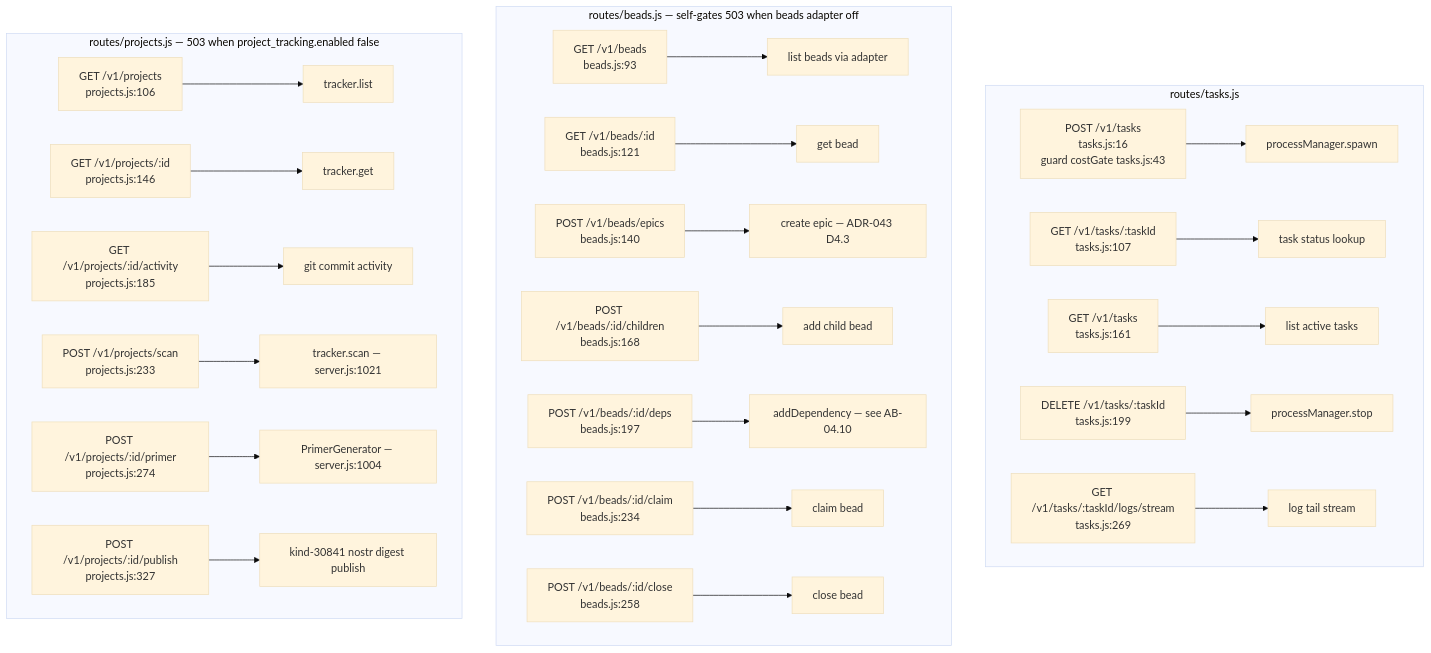
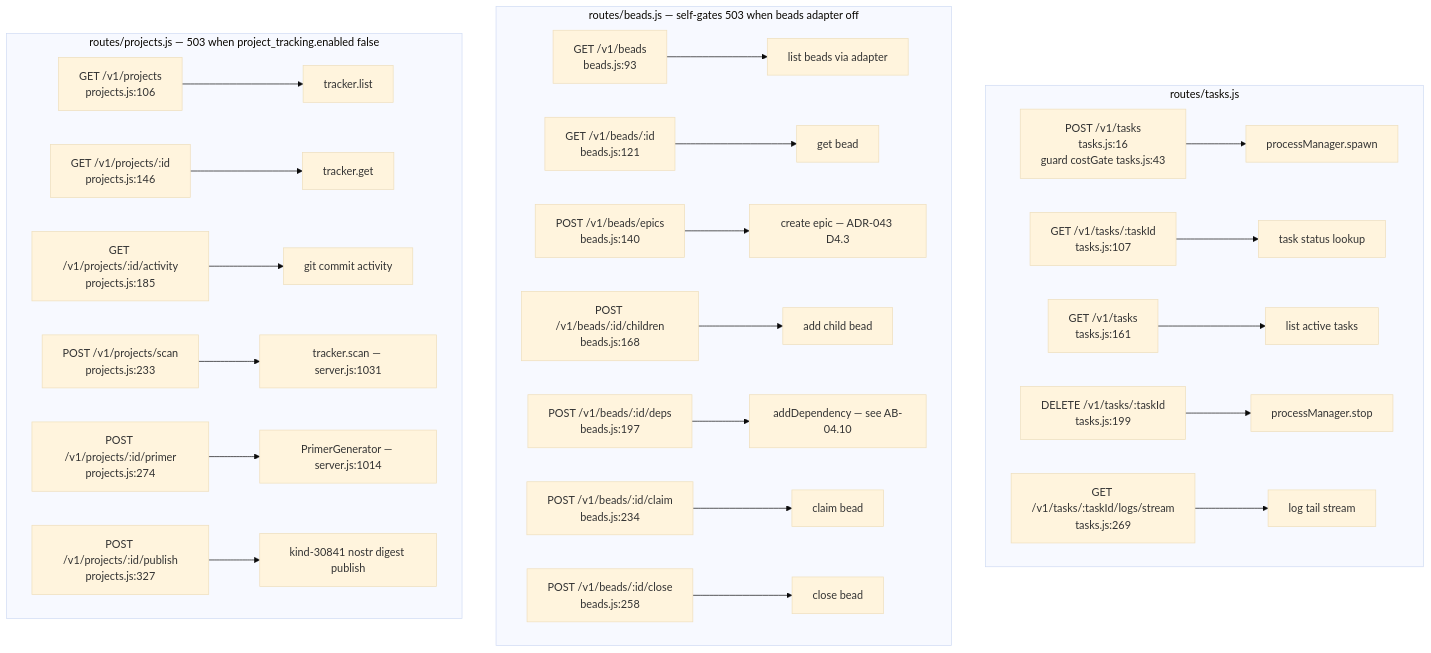
The seventh of 17 diagrams in docs/diagrams/agentbox/03-management-api-request-lifecycle.md (DreamLab-AI/VisionFlow), drawn with Mermaid (base theme) before and after one commit. The commit also changed other lines of this file and 94 other files, not shown here.

First line of the commit message:
docs(diagrams): re-verify 130 topics against 2 October HEADs

````diff
--- a/docs/diagrams/agentbox/03-management-api-request-lifecycle.md
+++ b/docs/diagrams/agentbox/03-management-api-request-lifecycle.md
@@ -300,27 +300,27 @@
 ```mermaid
 flowchart TD
     subgraph tasks["routes/tasks.js"]
         T1["POST /v1/tasks<br/>tasks.js:16<br/>guard costGate tasks.js:43"] --> TH1["processManager.spawn"]
         T2["GET /v1/tasks/:taskId<br/>tasks.js:107"] --> TH2["task status lookup"]
         T3["GET /v1/tasks<br/>tasks.js:161"] --> TH3["list active tasks"]
         T4["DELETE /v1/tasks/:taskId<br/>tasks.js:199"] --> TH4["processManager.stop"]
         T5["GET /v1/tasks/:taskId/logs/stream<br/>tasks.js:269"] --> TH5["log tail stream"]
     end
     subgraph beads["routes/beads.js — self-gates 503 when beads adapter off"]
         B1["GET /v1/beads<br/>beads.js:93"] --> BH1["list beads via adapter"]
         B2["GET /v1/beads/:id<br/>beads.js:121"] --> BH2["get bead"]
         B3["POST /v1/beads/epics<br/>beads.js:140"] --> BH3["create epic — ADR-043 D4.3"]
         B4["POST /v1/beads/:id/children<br/>beads.js:168"] --> BH4["add child bead"]
         B5["POST /v1/beads/:id/deps<br/>beads.js:197"] --> BH5["addDependency — see AB-04.10"]
         B6["POST /v1/beads/:id/claim<br/>beads.js:234"] --> BH6["claim bead"]
         B7["POST /v1/beads/:id/close<br/>beads.js:258"] --> BH7["close bead"]
     end
     subgraph projects["routes/projects.js — 503 when project_tracking.enabled false"]
         P1["GET /v1/projects<br/>projects.js:106"] --> PH1["tracker.list"]
         P2["GET /v1/projects/:id<br/>projects.js:146"] --> PH2["tracker.get"]
         P3["GET /v1/projects/:id/activity<br/>projects.js:185"] --> PH3["git commit activity"]
-        P4["POST /v1/projects/scan<br/>projects.js:233"] --> PH4["tracker.scan — server.js:1021"]
-        P5["POST /v1/projects/:id/primer<br/>projects.js:274"] --> PH5["PrimerGenerator — server.js:1004"]
+        P4["POST /v1/projects/scan<br/>projects.js:233"] --> PH4["tracker.scan — server.js:1031"]
+        P5["POST /v1/projects/:id/primer<br/>projects.js:274"] --> PH5["PrimerGenerator — server.js:1014"]
         P6["POST /v1/projects/:id/publish<br/>projects.js:327"] --> PH6["kind-30841 nostr digest publish"]
     end
 ```
````
